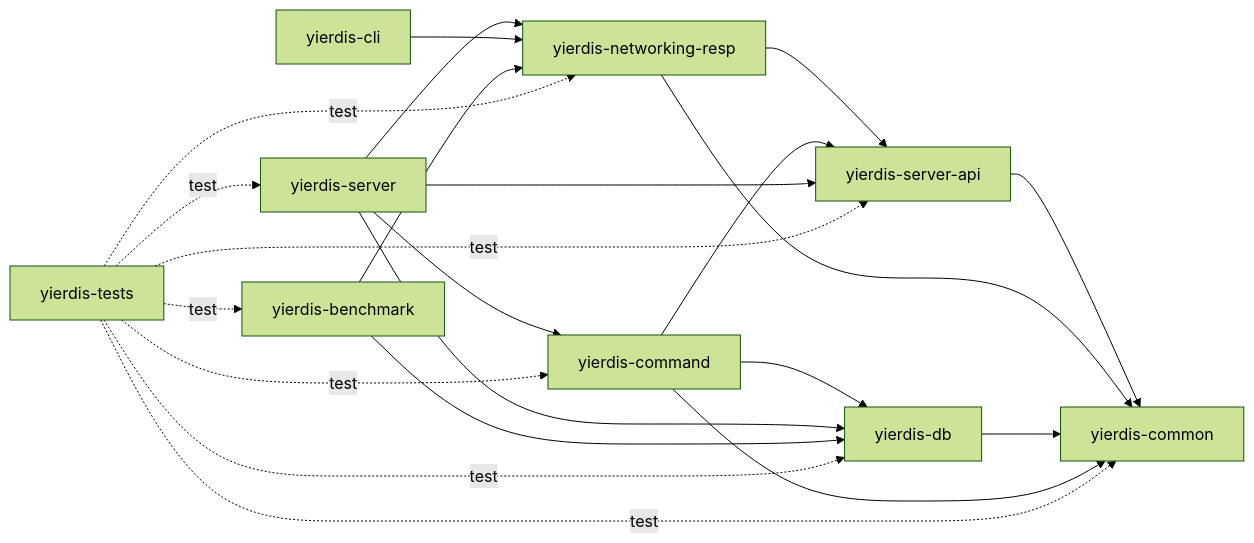
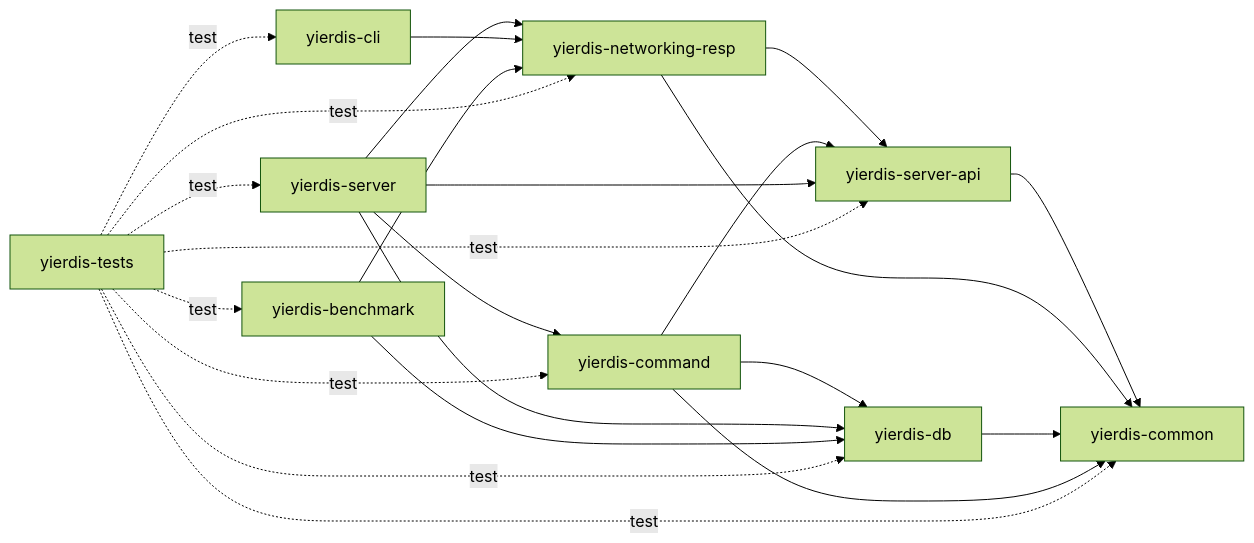
The diagram in docs/project-docs/module-architecture.md (skt-shinyruo/Yierdis), drawn with Mermaid (forest theme) before and after one commit. The commit also changed 16 other files, not shown here.

````diff
--- a/docs/project-docs/module-architecture.md
+++ b/docs/project-docs/module-architecture.md
@@ -9,35 +9,36 @@
 ```mermaid
 flowchart LR
   common["yierdis-common"]
   resp["yierdis-networking-resp"]
   serverApi["yierdis-server-api"]
   server["yierdis-server"]
   command["yierdis-command"]
   db["yierdis-db"]
   cli["yierdis-cli"]
   benchmark["yierdis-benchmark"]
   tests["yierdis-tests"]
 
   serverApi --> common
   resp --> common
   resp --> serverApi
   db --> common
   command --> common
   command --> serverApi
   command --> db
   server --> serverApi
   server --> command
   server --> db
   server --> resp
   cli --> resp
   benchmark --> db
   benchmark --> resp
 
   tests -. test .-> benchmark
+  tests -. test .-> cli
   tests -. test .-> common
   tests -. test .-> serverApi
   tests -. test .-> server
   tests -. test .-> command
   tests -. test .-> db
   tests -. test .-> resp
 ```
````
